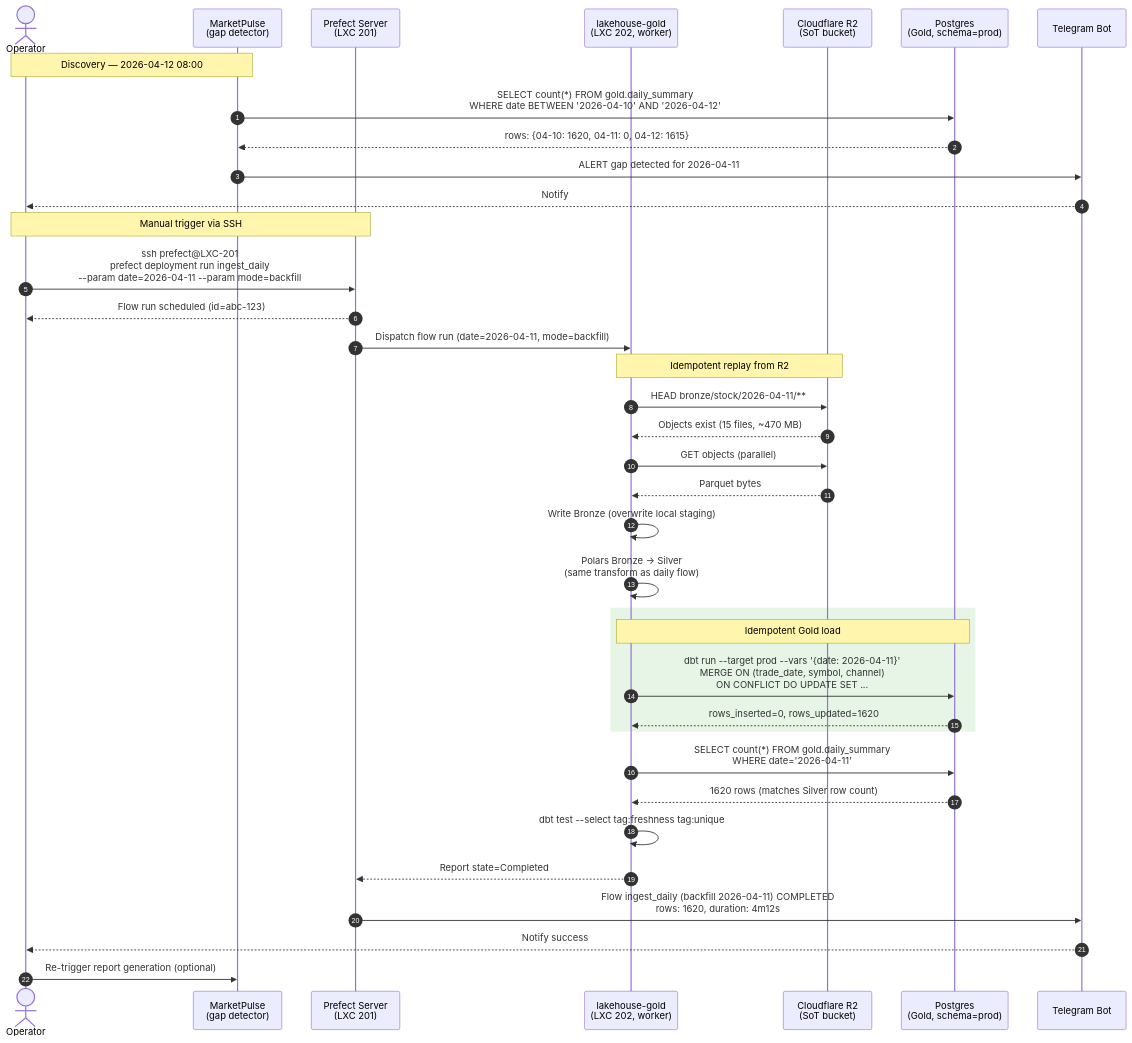
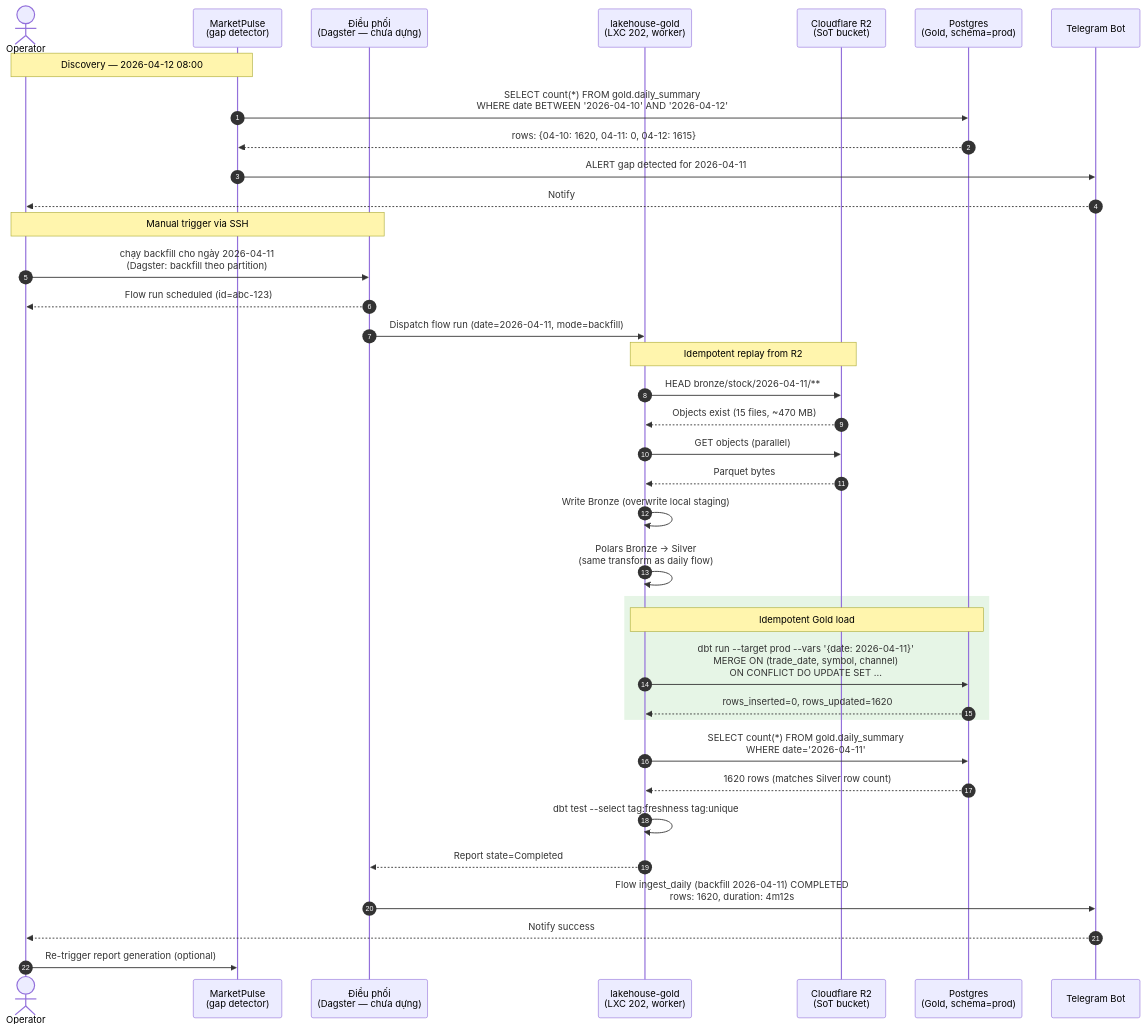
Before and after one commit to DataGaze/data-lakehouse: the diagram in docs/sequences/backfill-flow.md, drawn with Mermaid. The commit also changed 12 other files, not shown here.

First line of the commit message:
docs: retire Prefect across the platform docs, record the Dagster decision [B2.4]

````diff
--- a/docs/sequences/backfill-flow.md
+++ b/docs/sequences/backfill-flow.md
@@ -11,46 +11,46 @@
 ```mermaid
 sequenceDiagram
     autonumber
     actor Op as Operator
     participant MP as MarketPulse<br/>(gap detector)
-    participant PF as Prefect Server<br/>(LXC 201)
+    participant PF as Điều phối<br/>(Dagster — chưa dựng)
     participant LH as lakehouse-gold<br/>(LXC 202, worker)
     participant R2 as Cloudflare R2<br/>(SoT bucket)
     participant PG as Postgres<br/>(Gold, schema=prod)
     participant TG as Telegram Bot
 
     Note over MP,Op: Discovery — 2026-04-12 08:00
     MP->>PG: SELECT count(*) FROM gold.daily_summary<br/>WHERE date BETWEEN '2026-04-10' AND '2026-04-12'
     PG-->>MP: rows: {04-10: 1620, 04-11: 0, 04-12: 1615}
     MP->>TG: ALERT gap detected for 2026-04-11
     TG-->>Op: Notify
 
     Note over Op,PF: Manual trigger via SSH
-    Op->>PF: ssh prefect@LXC-201<br/>prefect deployment run ingest_daily<br/>--param date=2026-04-11 --param mode=backfill
+    Op->>PF: chạy backfill cho ngày 2026-04-11<br/>(Dagster: backfill theo partition)
     PF-->>Op: Flow run scheduled (id=abc-123)
     PF->>LH: Dispatch flow run (date=2026-04-11, mode=backfill)
 
     Note over LH,R2: Idempotent replay from R2
     LH->>R2: HEAD bronze/stock/2026-04-11/**
     R2-->>LH: Objects exist (15 files, ~470 MB)
     LH->>R2: GET objects (parallel)
     R2-->>LH: Parquet bytes
 
     LH->>LH: Write Bronze (overwrite local staging)
     LH->>LH: Polars Bronze → Silver<br/>(same transform as daily flow)
 
     rect rgb(230, 245, 230)
     Note over LH,PG: Idempotent Gold load
     LH->>PG: dbt run --target prod --vars '{date: 2026-04-11}'<br/>MERGE ON (trade_date, symbol, channel)<br/>ON CONFLICT DO UPDATE SET ...
     PG-->>LH: rows_inserted=0, rows_updated=1620
     end
 
     LH->>PG: SELECT count(*) FROM gold.daily_summary<br/>WHERE date='2026-04-11'
     PG-->>LH: 1620 rows (matches Silver row count)
     LH->>LH: dbt test --select tag:freshness tag:unique
     LH-->>PF: Report state=Completed
 
     PF->>TG: Flow ingest_daily (backfill 2026-04-11) COMPLETED<br/>rows: 1620, duration: 4m12s
     TG-->>Op: Notify success
     Op->>MP: Re-trigger report generation (optional)
 ```
````
